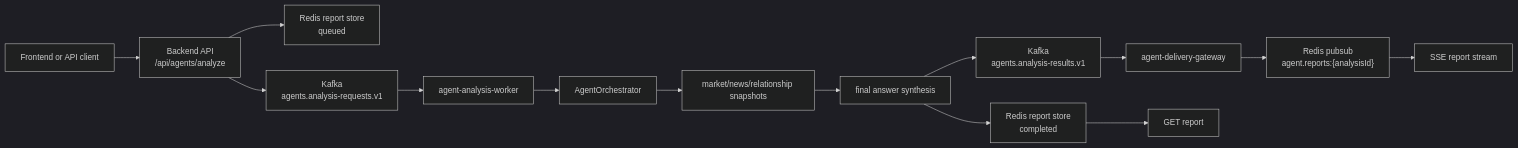
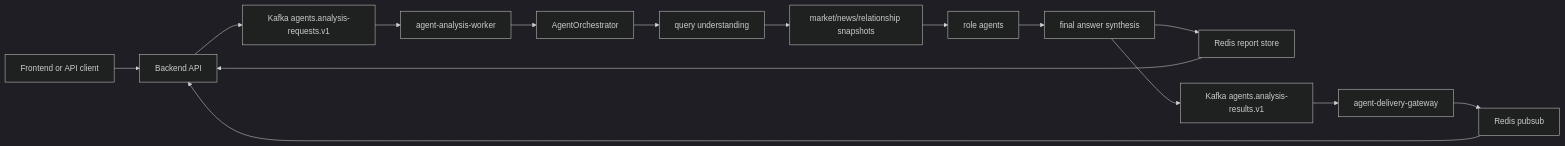
Before and after one commit to seunglee10/GOPS-BE: the diagram in docs/AGENT_ARCHITECTURE.md, drawn with Mermaid (dark theme). The commit also changed other lines of this file and 26 other files, not shown here.

````diff
--- a/docs/AGENT_ARCHITECTURE.md
+++ b/docs/AGENT_ARCHITECTURE.md
@@ -36,16 +47,17 @@
 ```mermaid
 flowchart LR
-  Client["Frontend or API client"] --> Api["Backend API<br/>/api/agents/analyze"]
-  Api --> StoreQueued["Redis report store<br/>queued"]
-  Api --> Requests["Kafka<br/>agents.analysis-requests.v1"]
-  Requests --> Worker["agent-analysis-worker"]
-  Worker --> Orch["AgentOrchestrator"]
-  Orch --> Snapshots["market/news/relationship snapshots"]
-  Snapshots --> Synthesis["final answer synthesis"]
-  Synthesis --> StoreDone["Redis report store<br/>completed"]
-  Synthesis --> Results["Kafka<br/>agents.analysis-results.v1"]
+  Client["Frontend or API client"] --> Backend["Backend API"]
+  Backend --> Queue["Kafka agents.analysis-requests.v1"]
+  Queue --> Worker["agent-analysis-worker"]
+  Worker --> Orchestrator["AgentOrchestrator"]
+  Orchestrator --> Understanding["query understanding"]
+  Understanding --> Snapshots["market/news/relationship snapshots"]
+  Snapshots --> Roles["role agents"]
+  Roles --> Synthesis["final answer synthesis"]
+  Synthesis --> Store["Redis report store"]
+  Synthesis --> Results["Kafka agents.analysis-results.v1"]
   Results --> Delivery["agent-delivery-gateway"]
-  Delivery --> Updates["Redis pubsub<br/>agent.reports:{analysisId}"]
-  StoreDone --> Poll["GET report"]
-  Updates --> Stream["SSE report stream"]
+  Delivery --> Updates["Redis pubsub"]
+  Store --> Backend
+  Updates --> Backend
 ```
````
